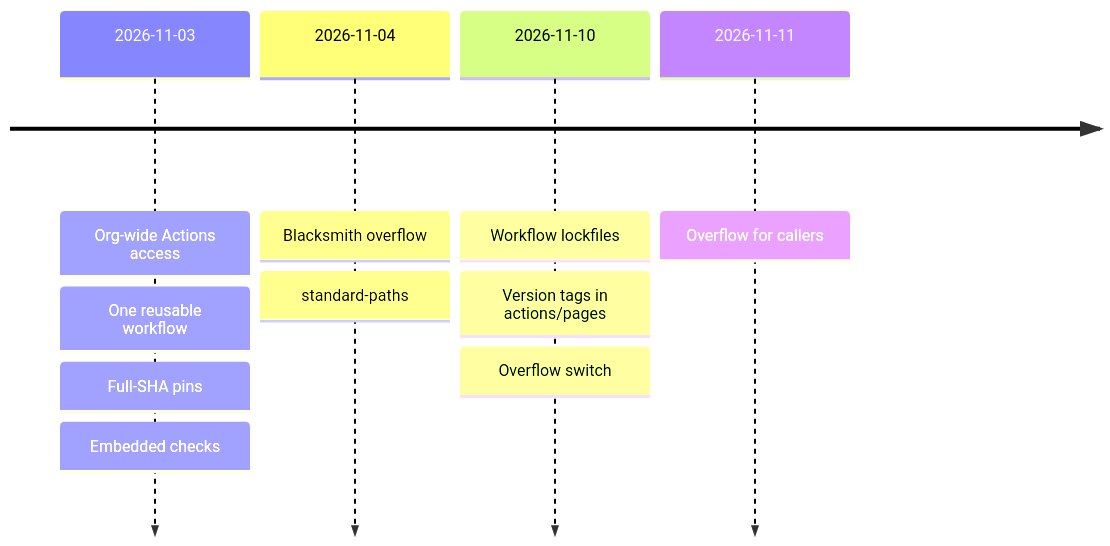
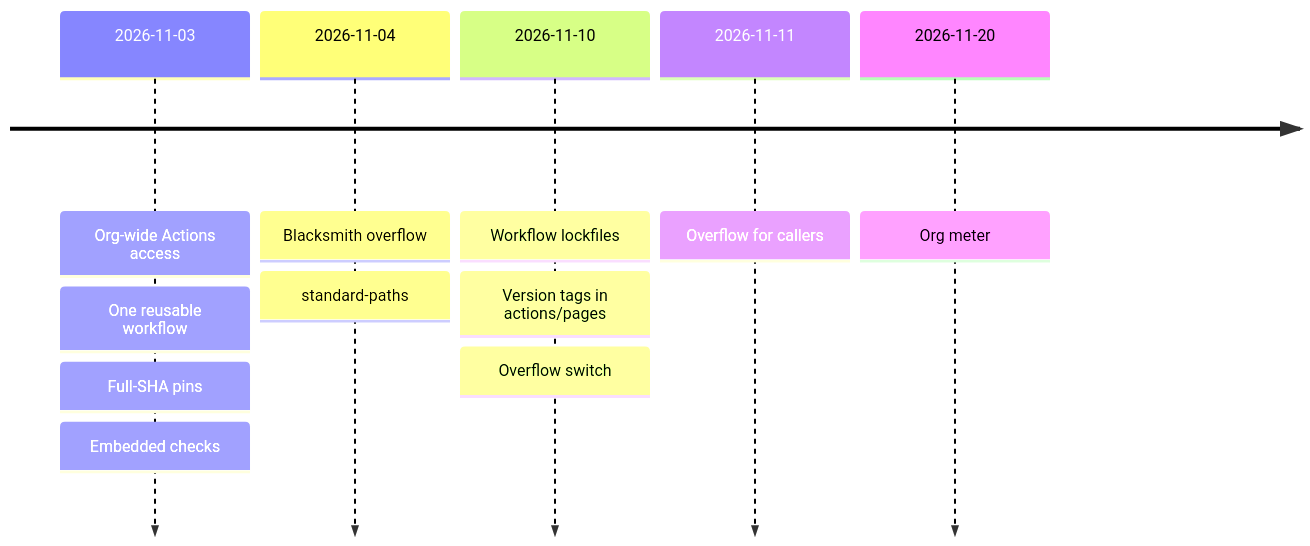
Before and after one commit to SoulCraft-Org/git-crafter: the diagram in templates/ci/DECISIONS.md, drawn with Mermaid. The commit also changed other lines of this file and 3 other files, not shown here.

````diff
--- a/templates/ci/DECISIONS.md
+++ b/templates/ci/DECISIONS.md
@@ -5,7 +5,8 @@
 ```mermaid
 timeline
   2026-11-03 : Org-wide Actions access : One reusable workflow : Full-SHA pins : Embedded checks
   2026-11-04 : Blacksmith overflow : standard-paths
   2026-11-10 : Workflow lockfiles : Version tags in actions/pages : Overflow switch
   2026-11-11 : Overflow for callers
+  2026-11-20 : Org meter
 ```
````
